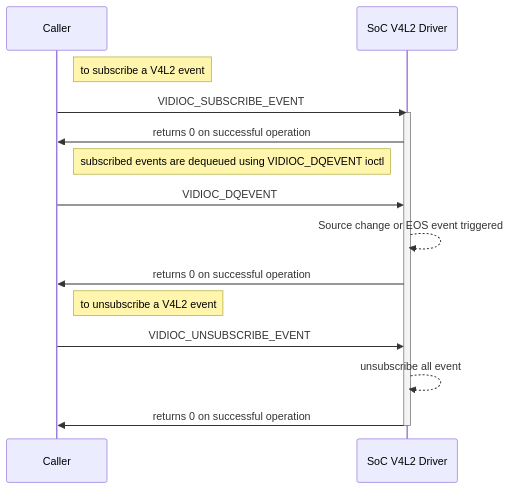
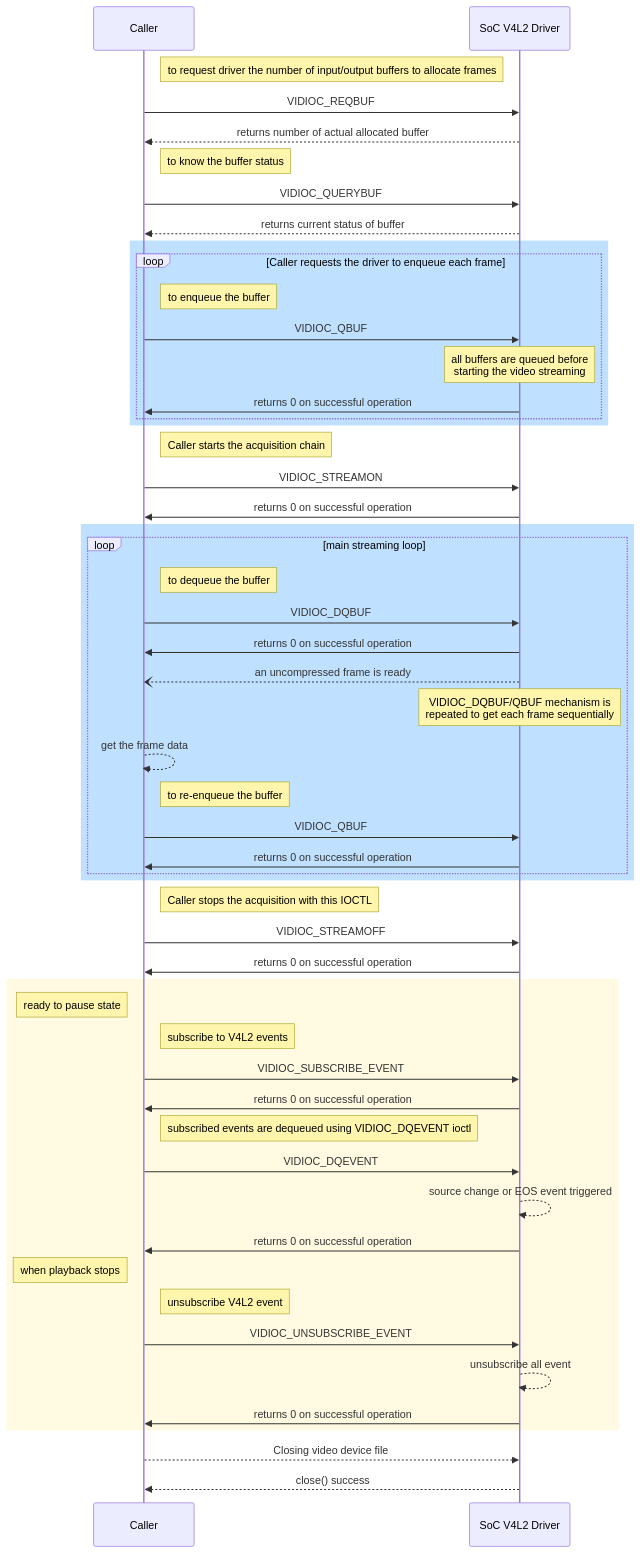
The fourth of 4 diagrams in docs/pages/v4l2.md (rdkcentral/rdk-halif-v4l2), drawn with Mermaid before and after one commit. The commit also changed other lines of this file, not shown here.

Commit message:
github.com/rdkcentral/v4l2-halif/issues/3: Revise the v4l2 md file
please find the latest review comments here: https://github.com/rdkcentral/v4l2-halif/pull/2/files

updates:
1. updated memory model
2. updated diagram

````diff
--- a/docs/pages/v4l2.md
+++ b/docs/pages/v4l2.md
@@ -264,19 +244,65 @@
 ```mermaid
 
 sequenceDiagram
 participant Caller
 participant SoC V4L2 Driver
-Note right of Caller: to subscribe a V4L2 event
+
+note right of Caller: to request driver the number of input/output buffers to allocate frames
+Caller->>SoC V4L2 Driver: VIDIOC_REQBUF
+SoC V4L2 Driver-->>Caller: returns number of actual allocated buffer
+
+note right of Caller: to know the buffer status
+Caller->>SoC V4L2 Driver: VIDIOC_QUERYBUF
+SoC V4L2 Driver-->>Caller: returns current status of buffer 
+
+rect rgb(191, 225, 255)
+loop Caller requests the driver to enqueue each frame
+note right of Caller: to enqueue the buffer
+Caller->>SoC V4L2 Driver: VIDIOC_QBUF
+note over SoC V4L2 Driver:all buffers are queued before<br/>starting the video streaming
+SoC V4L2 Driver->>Caller:returns 0 on successful operation
+end
+end
+
+note right of Caller:Caller starts the acquisition chain
+Caller->>SoC V4L2 Driver: VIDIOC_STREAMON
+SoC V4L2 Driver->>Caller:returns 0 on successful operation
+
+rect rgb(191, 225, 255)
+loop main streaming loop
+note right of Caller: to dequeue the buffer
+Caller->>SoC V4L2 Driver: VIDIOC_DQBUF
+SoC V4L2 Driver->>Caller:returns 0 on successful operation
+SoC V4L2 Driver--)Caller:an uncompressed frame is ready
+note over SoC V4L2 Driver:VIDIOC_DQBUF/QBUF mechanism is <br/>repeated to get each frame sequentially
+Caller-->>Caller:get the frame data
+note right of Caller: to re-enqueue the buffer
+Caller->>SoC V4L2 Driver: VIDIOC_QBUF
+SoC V4L2 Driver->>Caller:returns 0 on successful operation
+end
+end
+
+note right of Caller: Caller stops the acquisition with this IOCTL
+Caller->>SoC V4L2 Driver: VIDIOC_STREAMOFF
+SoC V4L2 Driver->>Caller: returns 0 on successful operation
+
+rect rgb(255,250,225)
+note left of Caller:ready to pause state
+Note right of Caller:subscribe to V4L2 events
 Caller->>SoC V4L2 Driver: VIDIOC_SUBSCRIBE_EVENT
-activate SoC V4L2 Driver
 SoC V4L2 Driver->>Caller: returns 0 on successful operation
 Note right of Caller: subscribed events are dequeued using VIDIOC_DQEVENT ioctl
 Caller->>SoC V4L2 Driver: VIDIOC_DQEVENT
-SoC V4L2 Driver-->>SoC V4L2 Driver: Source change or EOS event triggered
+SoC V4L2 Driver-->>SoC V4L2 Driver: source change or EOS event triggered
 SoC V4L2 Driver->>Caller: returns 0 on successful operation
-Note right of Caller: to unsubscribe a V4L2 event
+note left of Caller:when playback stops
+Note right of Caller: unsubscribe V4L2 event
 Caller->>SoC V4L2 Driver: VIDIOC_UNSUBSCRIBE_EVENT
 SoC V4L2 Driver-->>SoC V4L2 Driver: unsubscribe all event
 SoC V4L2 Driver->>Caller: returns 0 on successful operation
-deactivate SoC V4L2 Driver
+end
+
+Caller-->>SoC V4L2 Driver: Closing video device file
+SoC V4L2 Driver-->>Caller: close() success
+
 ```
````
